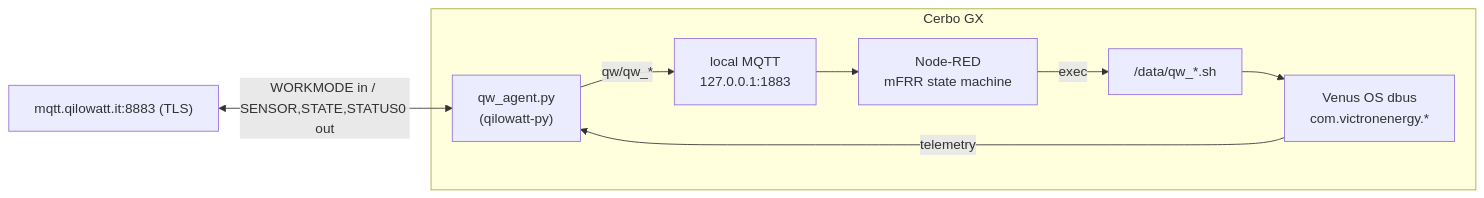
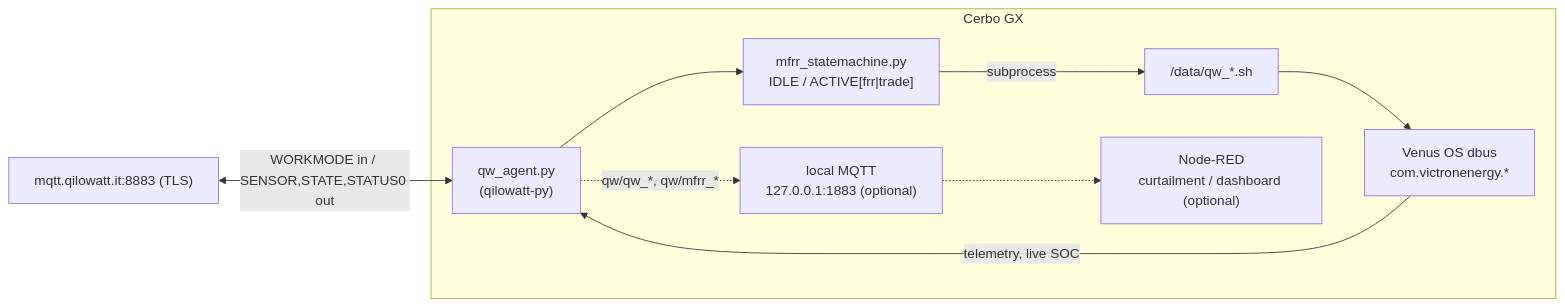
Before and after one commit to vahurm/cerbo-qilowatt-mfrr: the diagram in docs/ARCHITECTURE.md, drawn with Mermaid. The commit also changed other lines of this file and 17 other files, not shown here.

````diff
--- a/docs/ARCHITECTURE.md
+++ b/docs/ARCHITECTURE.md
@@ -15,17 +16,19 @@
 ```mermaid
 flowchart LR
     qwCloud["mqtt.qilowatt.it:8883 (TLS)"]
     subgraph cerbo [Cerbo GX]
         daemon["qw_agent.py<br/>(qilowatt-py)"]
+        sm["mfrr_statemachine.py<br/>IDLE / ACTIVE[frr|trade]"]
         dbus["Venus OS dbus<br/>com.victronenergy.*"]
-        localmq["local MQTT<br/>127.0.0.1:1883"]
-        nr["Node-RED<br/>mFRR state machine"]
         sh["/data/qw_*.sh"]
+        localmq["local MQTT<br/>127.0.0.1:1883 (optional)"]
+        nr["Node-RED<br/>curtailment / dashboard (optional)"]
     end
     qwCloud <-->|"WORKMODE in / SENSOR,STATE,STATUS0 out"| daemon
-    dbus -->|telemetry| daemon
-    daemon -->|"qw/qw_*"| localmq
-    localmq --> nr
-    nr -->|exec| sh
+    dbus -->|"telemetry, live SOC"| daemon
+    daemon --> sm
+    sm -->|"subprocess"| sh
     sh --> dbus
+    daemon -.->|"qw/qw_*, qw/mfrr_*"| localmq
+    localmq -.-> nr
 ```
````
